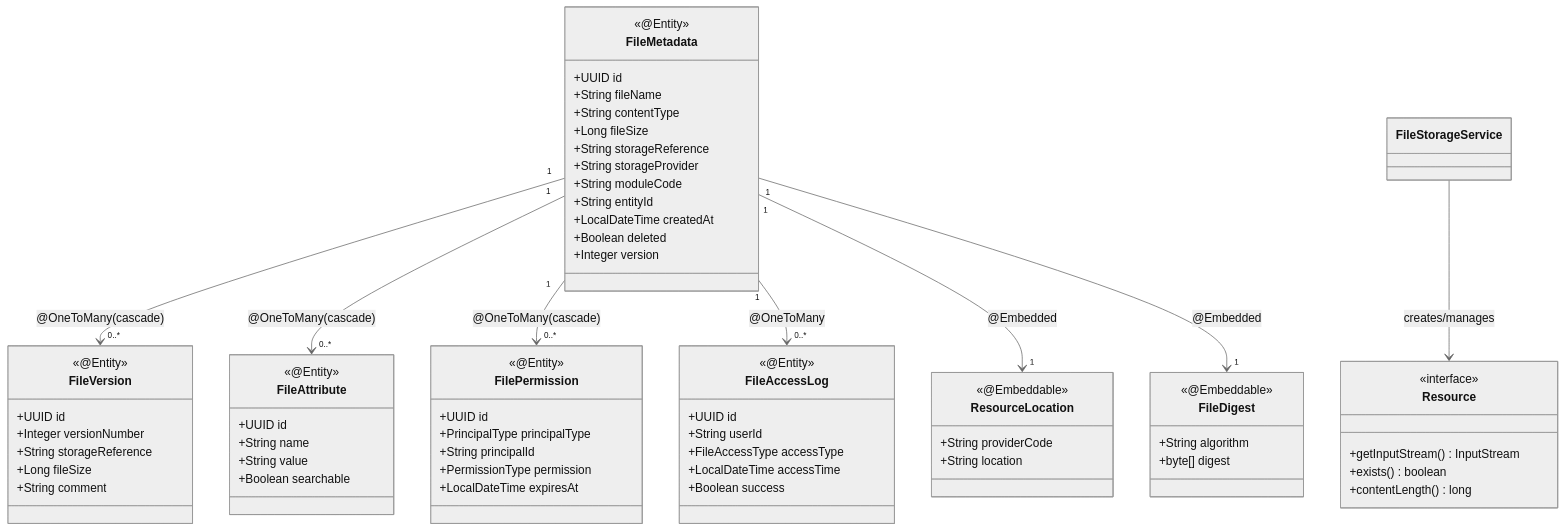
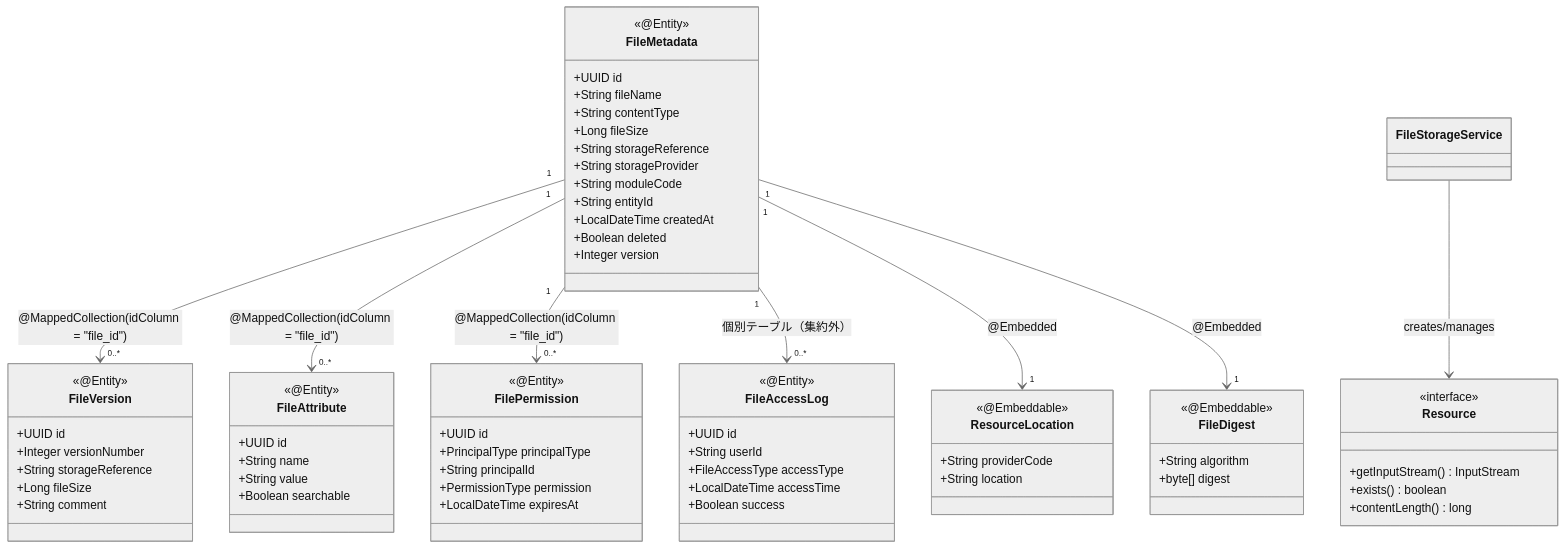
The diagram in docs/03_詳細設計/02_モジュール/01_共通機能/05_ファイル管理機能/02_ドメインモデル.md (fcircle-biz/ses_mgr), drawn with Mermaid (neutral theme) before and after one commit. The commit also changed other lines of this file and 4 other files, not shown here.

````diff
--- a/docs/03_詳細設計/02_モジュール/01_共通機能/05_ファイル管理機能/02_ドメインモデル.md
+++ b/docs/03_詳細設計/02_モジュール/01_共通機能/05_ファイル管理機能/02_ドメインモデル.md
@@ -489,79 +490,79 @@
 ```mermaid
 classDiagram
     class FileMetadata {
         <<@Entity>>
         +UUID id
         +String fileName
         +String contentType
         +Long fileSize
         +String storageReference
         +String storageProvider
         +String moduleCode
         +String entityId
         +LocalDateTime createdAt
         +Boolean deleted
         +Integer version
     }
     
     class FileVersion {
         <<@Entity>>
         +UUID id
         +Integer versionNumber
         +String storageReference
         +Long fileSize
         +String comment
     }
     
     class FileAttribute {
         <<@Entity>>
         +UUID id
         +String name
         +String value
         +Boolean searchable
     }
     
     class FilePermission {
         <<@Entity>>
         +UUID id
         +PrincipalType principalType
         +String principalId
         +PermissionType permission
         +LocalDateTime expiresAt
     }
     
     class FileAccessLog {
         <<@Entity>>
         +UUID id
         +String userId
         +FileAccessType accessType
         +LocalDateTime accessTime
         +Boolean success
     }
     
     class ResourceLocation {
         <<@Embeddable>>
         +String providerCode
         +String location
     }
     
     class FileDigest {
         <<@Embeddable>>
         +String algorithm
         +byte[] digest
     }
     
     class Resource {
         <<interface>>
         +getInputStream() InputStream
         +exists() boolean
         +contentLength() long
     }
     
-    FileMetadata "1" --> "0..*" FileVersion : @OneToMany(cascade)
-    FileMetadata "1" --> "0..*" FileAttribute : @OneToMany(cascade)
-    FileMetadata "1" --> "0..*" FilePermission : @OneToMany(cascade)
-    FileMetadata "1" --> "0..*" FileAccessLog : @OneToMany
+    FileMetadata "1" --> "0..*" FileVersion : @MappedCollection(idColumn = "file_id")
+    FileMetadata "1" --> "0..*" FileAttribute : @MappedCollection(idColumn = "file_id")
+    FileMetadata "1" --> "0..*" FilePermission : @MappedCollection(idColumn = "file_id")
+    FileMetadata "1" --> "0..*" FileAccessLog : 個別テーブル（集約外）
     FileMetadata "1" --> "1" ResourceLocation : @Embedded
     FileMetadata "1" --> "1" FileDigest : @Embedded
     FileStorageService --> Resource : creates/manages
 ```
````
